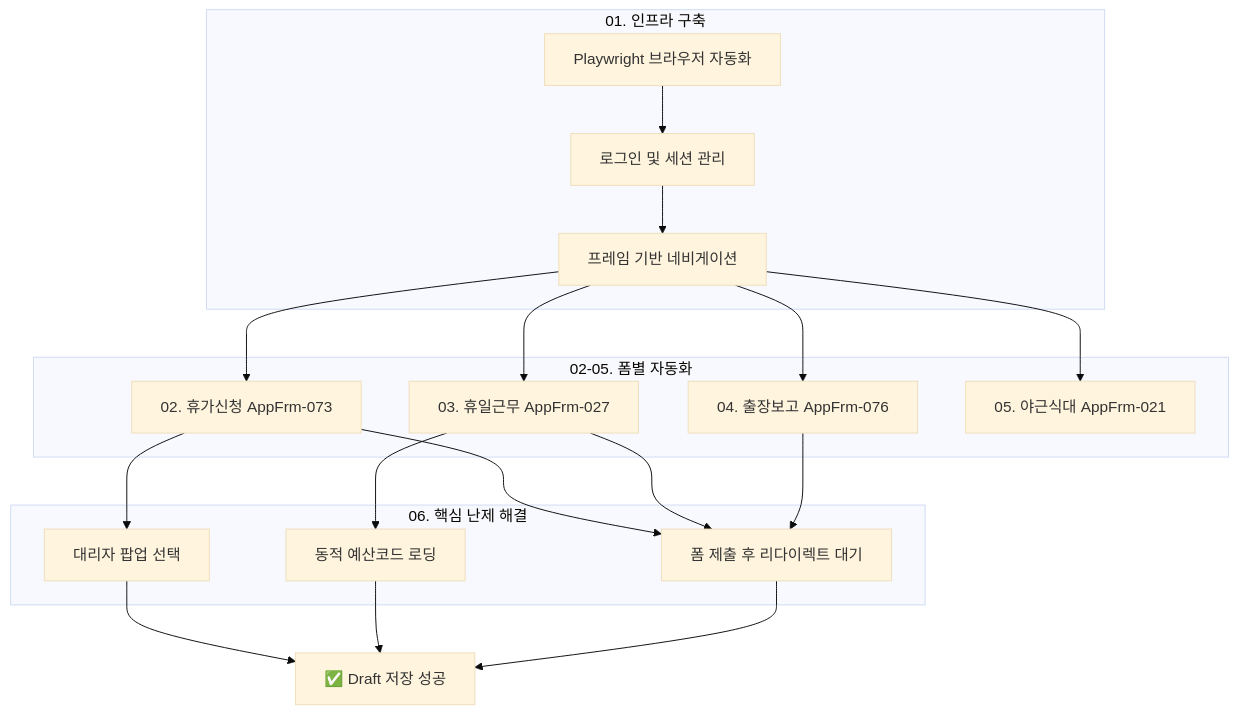
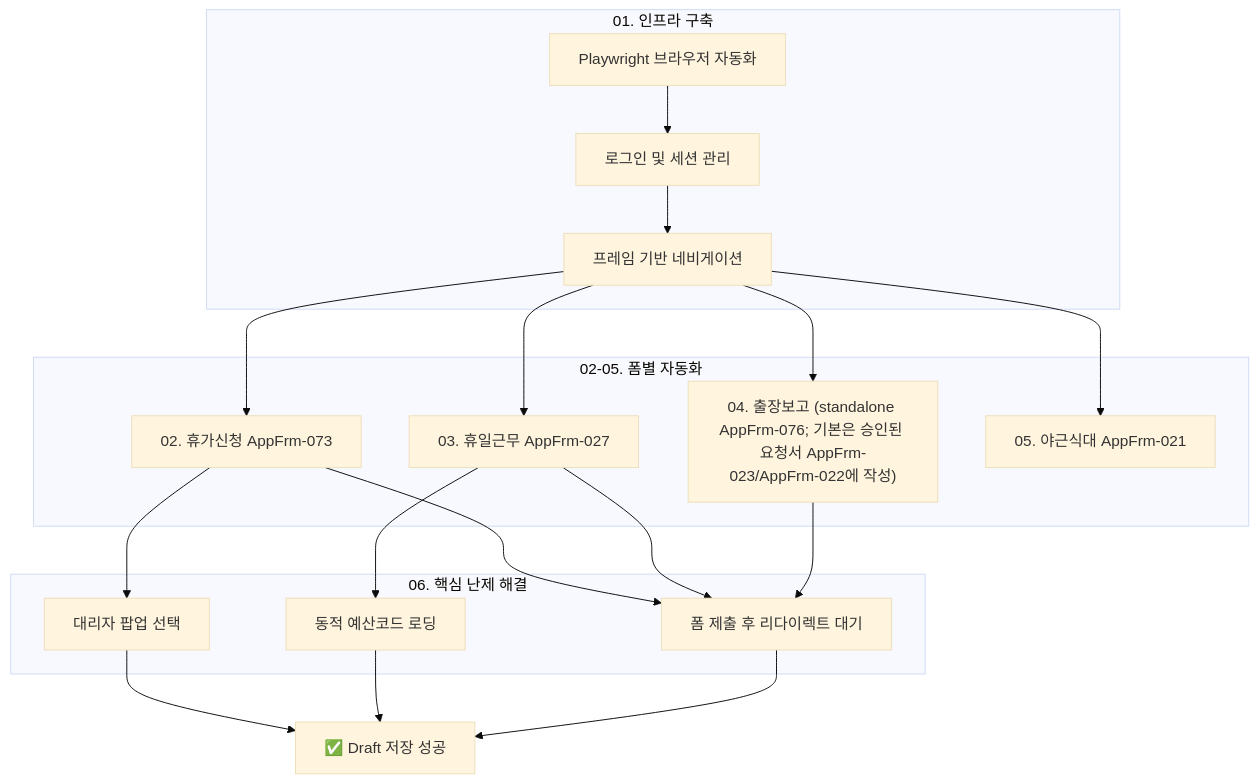
The diagram in docs/PROJECT_DOCUMENTATION.md (kyuwon-shim-ARL/ipk-browser-mcp), drawn with Mermaid (base theme) before and after one commit. The commit also changed other lines of this file and 30 other files, not shown here.

First line of the commit message:
fix(travel): overseas report goes onto the approved AppFrm-022 request, not AppFrm-076; v0.2.2

````diff
--- a/docs/PROJECT_DOCUMENTATION.md
+++ b/docs/PROJECT_DOCUMENTATION.md
@@ -21,27 +21,27 @@
 ```mermaid
 flowchart TD
     subgraph INFRA["01. 인프라 구축"]
         A[Playwright 브라우저 자동화] --> B[로그인 및 세션 관리]
         B --> C[프레임 기반 네비게이션]
     end
 
     subgraph FORMS["02-05. 폼별 자동화"]
         D[02. 휴가신청 AppFrm-073]
         E[03. 휴일근무 AppFrm-027]
-        F[04. 출장보고 AppFrm-076]
+        F["04. 출장보고 (standalone AppFrm-076; 기본은 승인된 요청서 AppFrm-023/AppFrm-022에 작성)"]
         G[05. 야근식대 AppFrm-021]
     end
 
     subgraph CHALLENGE["06. 핵심 난제 해결"]
         H[대리자 팝업 선택]
         I[동적 예산코드 로딩]
         J[폼 제출 후 리다이렉트 대기]
     end
 
     C --> D & E & F & G
     D --> H
     E --> I
     D & E & F --> J
 
     H & I & J --> K[✅ Draft 저장 성공]
 ```
````
